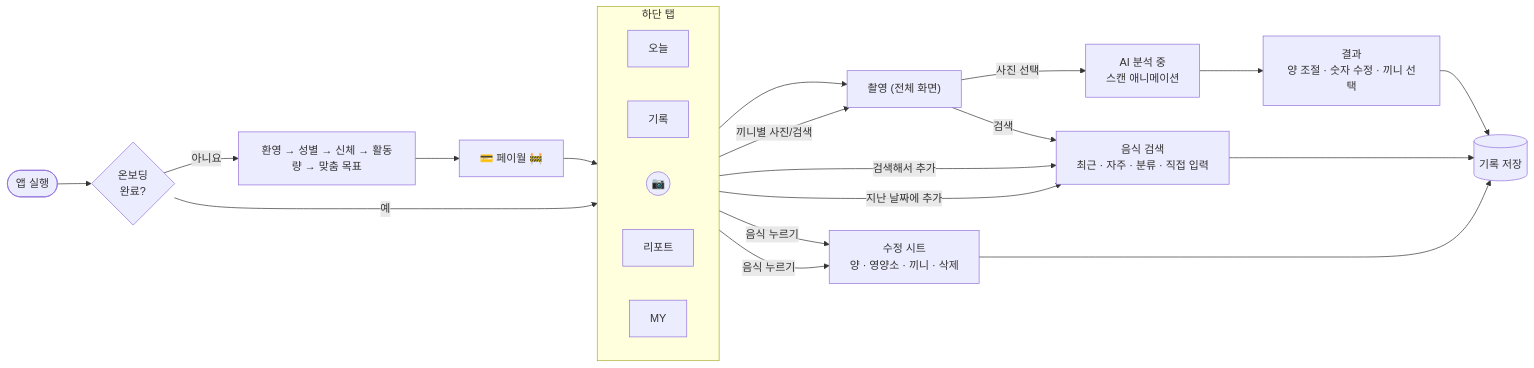
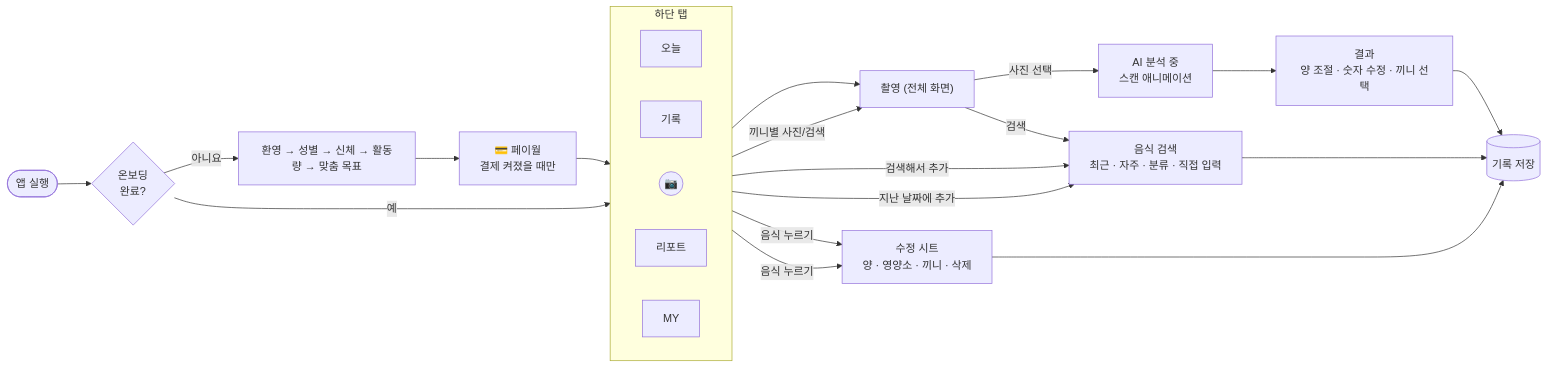
Before and after one commit to hae-company/snap-cal: the third of 7 diagrams in docs/ARCHITECTURE.md, drawn with Mermaid. The commit also changed other lines of this file and 24 other files, not shown here.

````diff
--- a/docs/ARCHITECTURE.md
+++ b/docs/ARCHITECTURE.md
@@ -138,30 +140,30 @@
 ```mermaid
 flowchart LR
   Start(["앱 실행"]) --> Q{"온보딩<br>완료?"}
   Q -- 아니요 --> Onb["환영 → 성별 → 신체 → 활동량 → 맞춤 목표"]
-  Onb --> Pay["💳 페이월 🚧"]
+  Onb --> Pay["💳 페이월<br>결제 켜졌을 때만"]
   Pay --> Shell
   Q -- 예 --> Shell
 
   subgraph Shell["하단 탭"]
     direction LR
     T1["오늘"]
     T2["기록"]
     Cam(("📷"))
     T3["리포트"]
     T4["MY"]
   end
 
   Cam --> Capture["촬영 (전체 화면)"]
   Capture -- "사진 선택" --> Scan["AI 분석 중<br>스캔 애니메이션"]
   Scan --> Result["결과<br>양 조절 · 숫자 수정 · 끼니 선택"]
   Capture -- "검색" --> Add
   T1 -- "끼니별 사진/검색" --> Capture
   T1 -- "검색해서 추가" --> Add["음식 검색<br>최근 · 자주 · 분류 · 직접 입력"]
   T2 -- "지난 날짜에 추가" --> Add
   T1 -- "음식 누르기" --> Edit["수정 시트<br>양 · 영양소 · 끼니 · 삭제"]
   T2 -- "음식 누르기" --> Edit
   Result --> Saved[("기록 저장")]
   Add --> Saved
   Edit --> Saved
 ```
````
